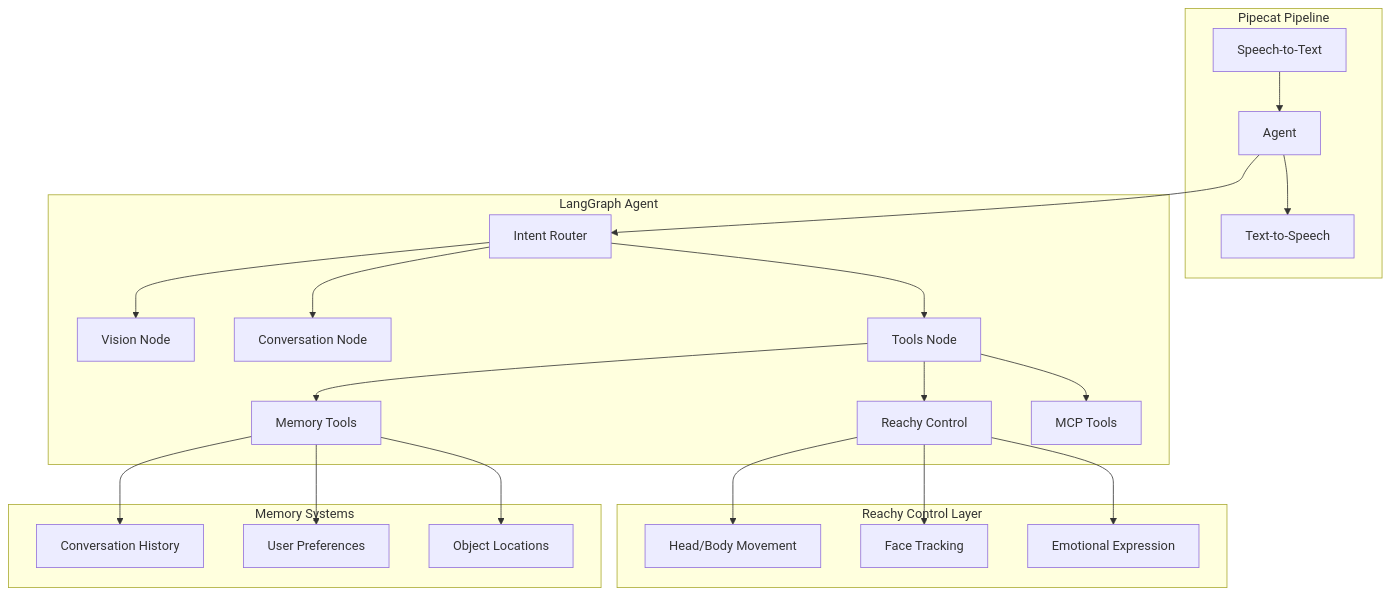
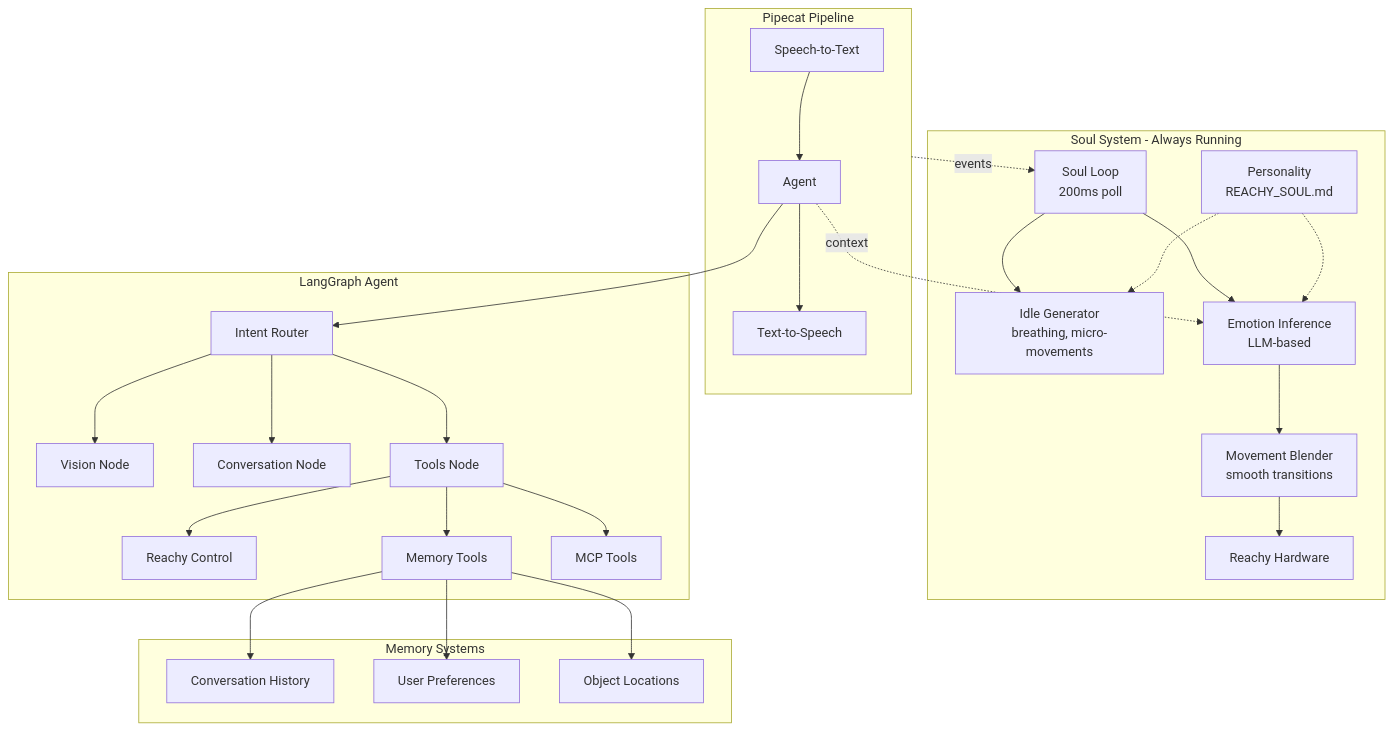
The diagram in README.md (spencerbull/reachy-personal-assistant), drawn with Mermaid before and after one commit. The commit also changed other lines of this file, not shown here.

First line of the commit message:
docs: update README with Soul System documentation

````diff
--- a/README.md
+++ b/README.md
@@ -18,30 +32,42 @@
 ```mermaid
 flowchart TB
+    subgraph soul [Soul System - Always Running]
+        SoulLoop[Soul Loop<br/>200ms poll]
+        IdleGen[Idle Generator<br/>breathing, micro-movements]
+        EmotionInf[Emotion Inference<br/>LLM-based]
+        MovementBlend[Movement Blender<br/>smooth transitions]
+        Personality[Personality<br/>REACHY_SOUL.md]
+        
+        SoulLoop --> IdleGen
+        SoulLoop --> EmotionInf
+        EmotionInf --> MovementBlend
+        Personality -.-> EmotionInf
+        Personality -.-> IdleGen
+        MovementBlend --> ReachyOut[Reachy Hardware]
+    end
+    
     subgraph pipeline [Pipecat Pipeline]
         STT[Speech-to-Text] --> Agent
         Agent --> TTS[Text-to-Speech]
     end
     
     subgraph langgraph [LangGraph Agent]
         Agent --> Router[Intent Router]
         Router --> Vision[Vision Node]
         Router --> Conversation[Conversation Node]
         Router --> Tools[Tools Node]
         
         Tools --> ReachyTools[Reachy Control]
         Tools --> MemoryTools[Memory Tools]
         Tools --> MCPTools[MCP Tools]
     end
     
-    subgraph reachy [Reachy Control Layer]
-        ReachyTools --> Movement[Head/Body Movement]
-        ReachyTools --> FaceTrack[Face Tracking]
-        ReachyTools --> Emotions[Emotional Expression]
-    end
-    
     subgraph memory [Memory Systems]
         MemoryTools --> ShortTerm[Conversation History]
         MemoryTools --> LongTerm[User Preferences]
         MemoryTools --> Spatial[Object Locations]
     end
+    
+    pipeline -.->|events| SoulLoop
+    Agent -.->|context| EmotionInf
 ```
````
